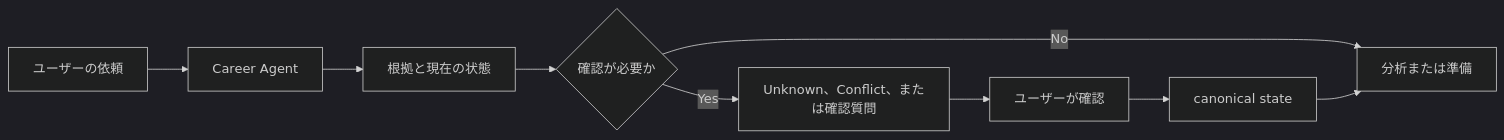
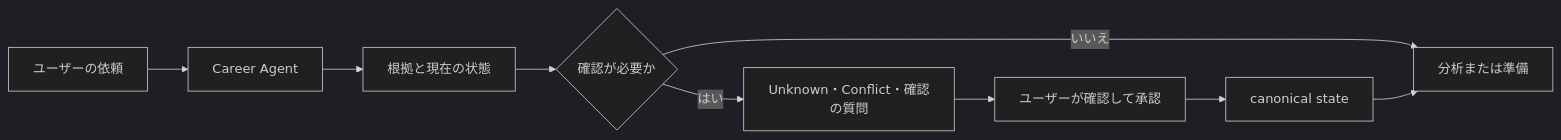
The diagram in README_ja.md (younnieCutler/japan-career-agent), drawn with Mermaid (dark theme) before and after one commit. The commit also changed other lines of this file and 2 other files, not shown here.

````diff
--- a/README_ja.md
+++ b/README_ja.md
@@ -58,11 +163,11 @@
 ```mermaid
 flowchart LR
     A[ユーザーの依頼] --> B[Career Agent]
     B --> C[根拠と現在の状態]
     C --> D{確認が必要か}
-    D -->|Yes| E[Unknown、Conflict、または確認質問]
-    E --> F[ユーザーが確認]
+    D -->|はい| E[Unknown・Conflict・確認の質問]
+    E --> F[ユーザーが確認して承認]
     F --> G[canonical state]
-    D -->|No| H[分析または準備]
+    D -->|いいえ| H[分析または準備]
     G --> H
 ```
````
